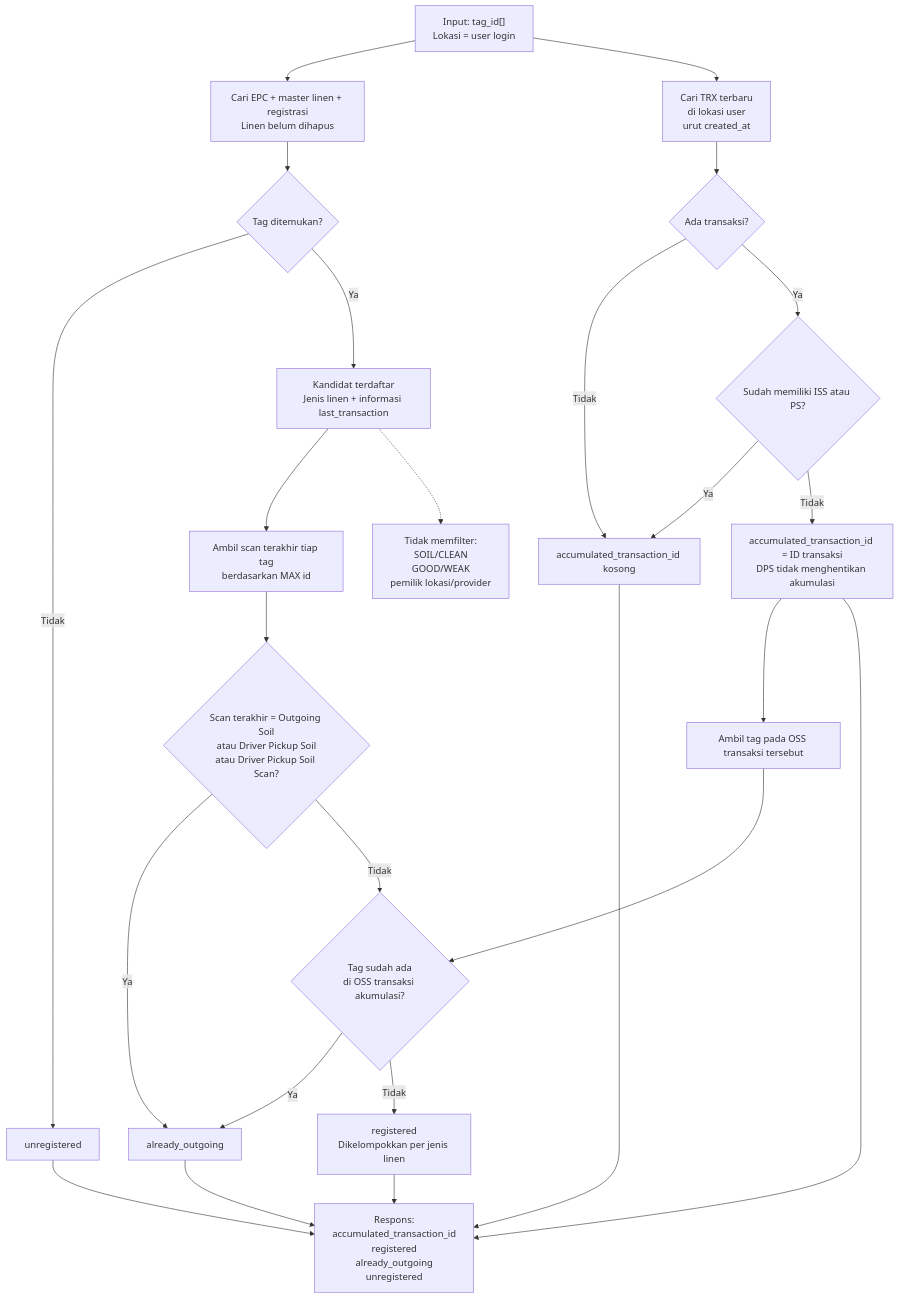
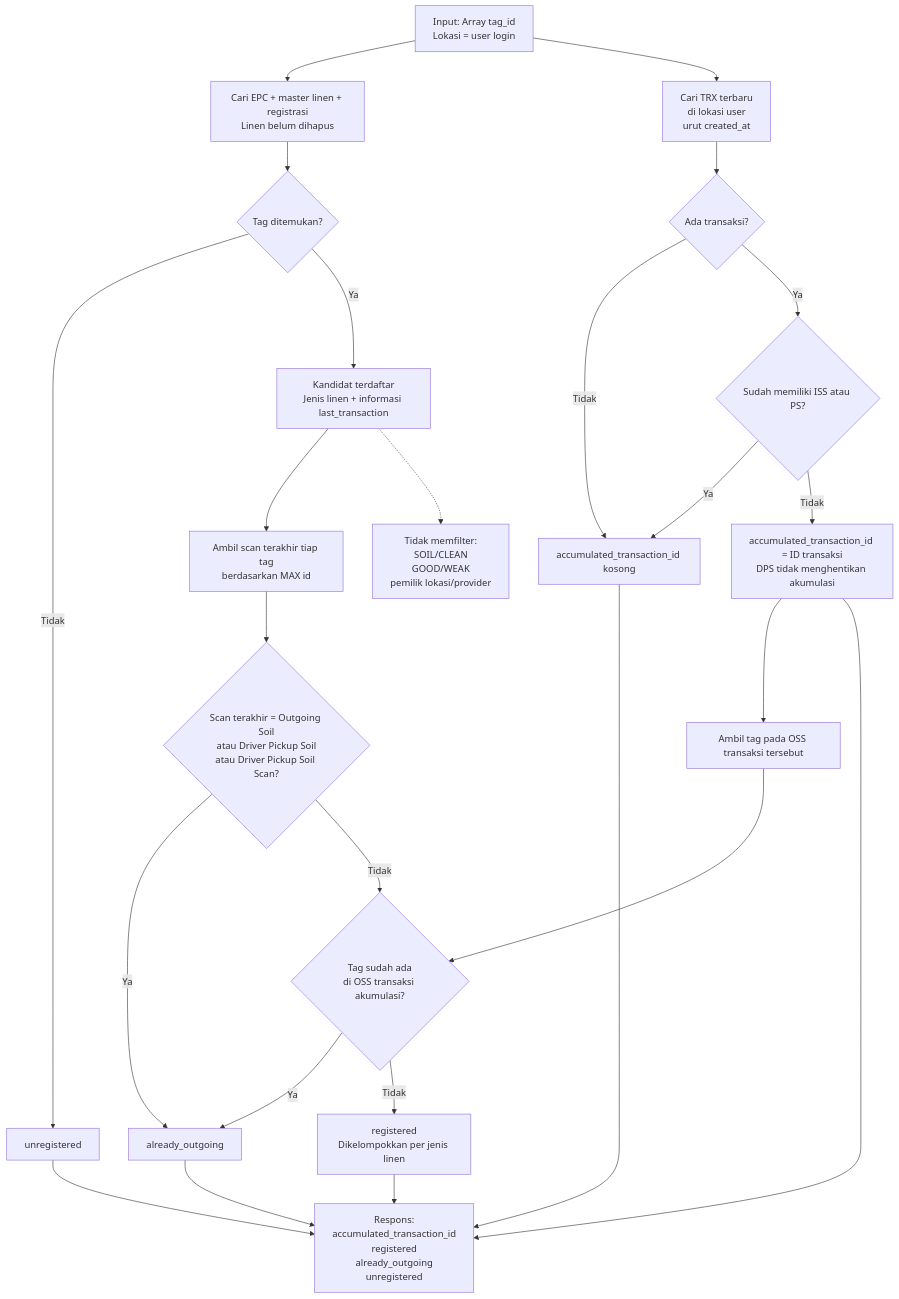
One commit to bagaskrmn/bac-flow-laundry changed the first of 2 diagrams in laundry-activities/outgoing-soil.md. Above: the diagram before and after it, drawn with Mermaid. The commit also changed other lines of this file, not shown here.

Commit message:
fix writing syntax

````diff
--- a/laundry-activities/outgoing-soil.md
+++ b/laundry-activities/outgoing-soil.md
@@ -1,33 +1,33 @@
 ```mermaid
 flowchart TD
-    START["Input: tag_id[]<br/>Lokasi = user login"]
+    N_START["Input: Array tag_id<br/>Lokasi = user login"]
 
-    START --> MASTER["Cari EPC + master linen + registrasi<br/>Linen belum dihapus"]
-    MASTER --> FOUND{"Tag ditemukan?"}
-    FOUND -->|Tidak| UNREG["unregistered"]
-    FOUND -->|Ya| CAND["Kandidat terdaftar<br/>Jenis linen + informasi last_transaction"]
+    N_START --> N_MASTER["Cari EPC + master linen + registrasi<br/>Linen belum dihapus"]
+    N_MASTER --> N_FOUND{"Tag ditemukan?"}
+    N_FOUND -->|Tidak| N_UNREG["unregistered"]
+    N_FOUND -->|Ya| N_CAND["Kandidat terdaftar<br/>Jenis linen + informasi last_transaction"]
 
-    START --> TRX["Cari TRX terbaru<br/>di lokasi user<br/>urut created_at"]
-    TRX --> HAS{"Ada transaksi?"}
-    HAS -->|Tidak| NEW["accumulated_transaction_id kosong"]
-    HAS -->|Ya| CHECK{"Sudah memiliki ISS atau PS?"}
-    CHECK -->|Ya| NEW
-    CHECK -->|Tidak| ACC["accumulated_transaction_id = ID transaksi<br/>DPS tidak menghentikan akumulasi"]
-    ACC --> EXIST["Ambil tag pada OSS transaksi tersebut"]
+    N_START --> N_TRX["Cari TRX terbaru<br/>di lokasi user<br/>urut created_at"]
+    N_TRX --> N_HAS{"Ada transaksi?"}
+    N_HAS -->|Tidak| N_NEW["accumulated_transaction_id kosong"]
+    N_HAS -->|Ya| N_CHECK{"Sudah memiliki ISS atau PS?"}
+    N_CHECK -->|Ya| N_NEW
+    N_CHECK -->|Tidak| N_ACC["accumulated_transaction_id = ID transaksi<br/>DPS tidak menghentikan akumulasi"]
+    N_ACC --> N_EXIST["Ambil tag pada OSS transaksi tersebut"]
 
-    CAND --> LAST["Ambil scan terakhir tiap tag<br/>berdasarkan MAX id"]
-    LAST --> OUT{"Scan terakhir = Outgoing Soil<br/>atau Driver Pickup Soil<br/>atau Driver Pickup Soil Scan?"}
-    OUT -->|Ya| ALREADY["already_outgoing"]
-    OUT -->|Tidak| INACC{"Tag sudah ada<br/>di OSS transaksi akumulasi?"}
-    EXIST --> INACC
-    INACC -->|Ya| ALREADY
-    INACC -->|Tidak| READY["registered<br/>Dikelompokkan per jenis linen"]
+    N_CAND --> N_LAST["Ambil scan terakhir tiap tag<br/>berdasarkan MAX id"]
+    N_LAST --> N_OUT{"Scan terakhir = Outgoing Soil<br/>atau Driver Pickup Soil<br/>atau Driver Pickup Soil Scan?"}
+    N_OUT -->|Ya| N_ALREADY["already_outgoing"]
+    N_OUT -->|Tidak| N_INACC{"Tag sudah ada<br/>di OSS transaksi akumulasi?"}
+    N_EXIST --> N_INACC
+    N_INACC -->|Ya| N_ALREADY
+    N_INACC -->|Tidak| N_READY["registered<br/>Dikelompokkan per jenis linen"]
 
-    READY --> RES["Respons:<br/>accumulated_transaction_id<br/>registered<br/>already_outgoing<br/>unregistered"]
-    ALREADY --> RES
-    UNREG --> RES
-    ACC --> RES
-    NEW --> RES
+    N_READY --> N_RES["Respons:<br/>accumulated_transaction_id<br/>registered<br/>already_outgoing<br/>unregistered"]
+    N_ALREADY --> N_RES
+    N_UNREG --> N_RES
+    N_ACC --> N_RES
+    N_NEW --> N_RES
 
-    CAND -.-> RULE["Tidak memfilter:<br/>SOIL/CLEAN<br/>GOOD/WEAK<br/>pemilik lokasi/provider"]
+    N_CAND -.-> N_RULE["Tidak memfilter:<br/>SOIL/CLEAN<br/>GOOD/WEAK<br/>pemilik lokasi/provider"]
 ```
````
